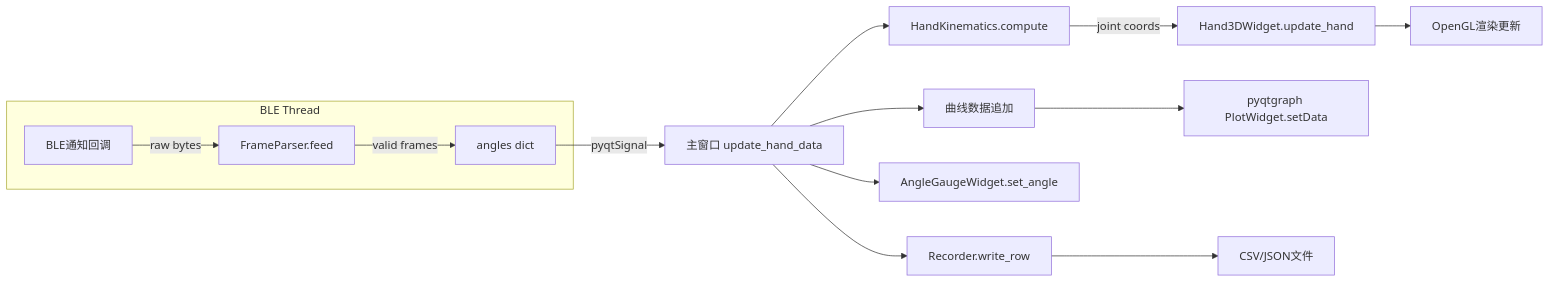
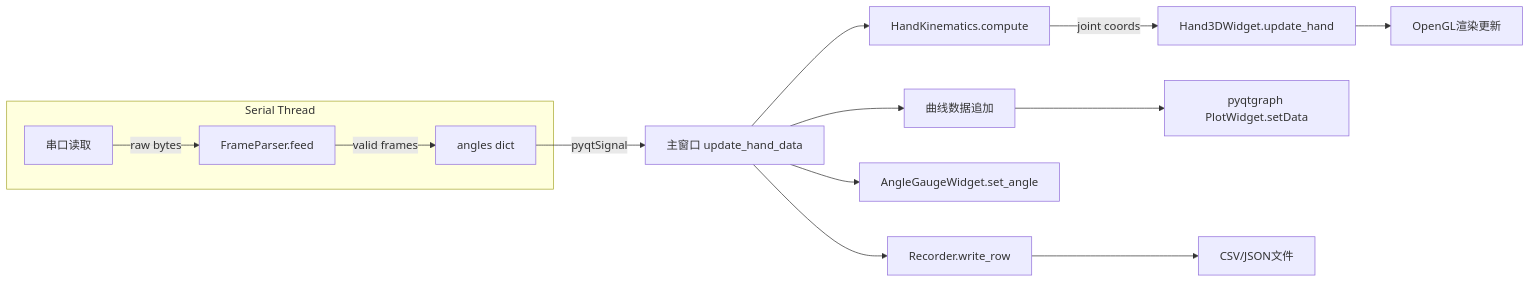
Before and after one commit to RichExplor/GlovesViewer: the fourth of 4 diagrams in plans/gloves_viewer_architecture.md, drawn with Mermaid. The commit also changed other lines of this file and 10 other files, not shown here.

````diff
--- a/plans/gloves_viewer_architecture.md
+++ b/plans/gloves_viewer_architecture.md
@@ -347,21 +370,21 @@
 ```mermaid
 flowchart LR
-    subgraph BLE Thread
-        A[BLE通知回调] -->|raw bytes| B[FrameParser.feed]
-        B -->|valid frames| C[angles dict]
+    subgraph Serial Thread
+    A[串口读取] -->|raw bytes| B[FrameParser.feed]
+    B -->|valid frames| C[angles dict]
     end
 
     C -->|pyqtSignal| D[主窗口 update_hand_data]
 
     D --> E[HandKinematics.compute]
     E -->|joint coords| F[Hand3DWidget.update_hand]
     F --> G[OpenGL渲染更新]
 
     D --> H[曲线数据追加]
     H --> I[pyqtgraph PlotWidget.setData]
 
     D --> J[AngleGaugeWidget.set_angle]
 
     D --> K[Recorder.write_row]
     K --> L[CSV/JSON文件]
 ```
````
